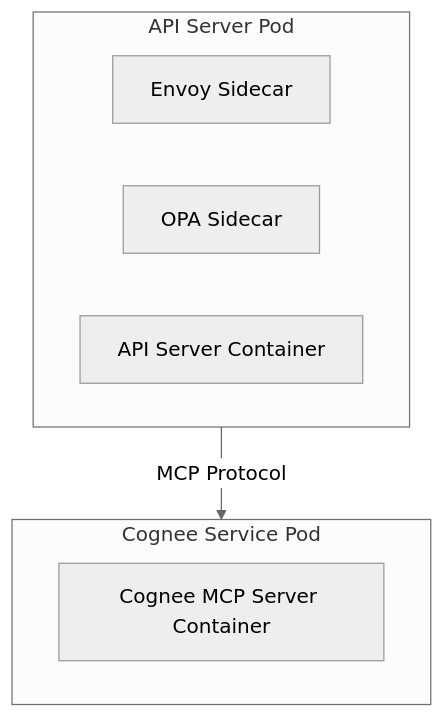
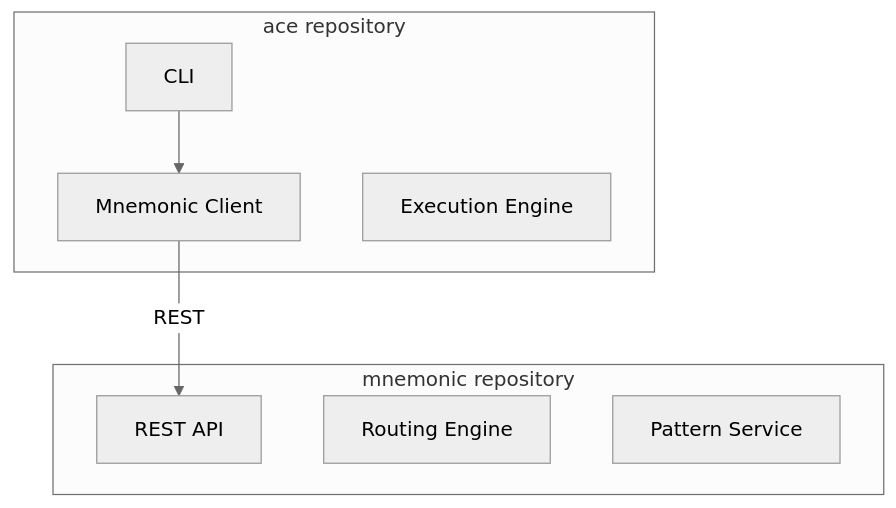
The fourth of 5 diagrams in docs/architecture/02-architectural-decisions.md (twistingmercury/mnemonic-mcp), drawn with Mermaid (neutral theme) before and after one commit. The commit also changed other lines of this file and 28 other files, not shown here.

Commit message:
architecture v2

````diff
--- a/docs/architecture/02-architectural-decisions.md
+++ b/docs/architecture/02-architectural-decisions.md
@@ -188,12 +255,17 @@
 ```mermaid
-flowchart TB
-    subgraph APIPod[API Server Pod]
-        Envoy[Envoy Sidecar]
-        OPA[OPA Sidecar]
-        APIServer[API Server Container]
+graph TB
+    subgraph "mnemonic repository"
+        MN_API[REST API]
+        MN_ROUTE[Routing Engine]
+        MN_PATTERN[Pattern Service]
     end
-    subgraph CogneePod[Cognee Service Pod]
-        CogneeMCP[Cognee MCP Server Container]
+
+    subgraph "ace repository"
+        ACE_CLI[CLI]
+        ACE_CLIENT[Mnemonic Client]
+        ACE_EXEC[Execution Engine]
     end
-    APIPod -->|MCP Protocol| CogneePod
+
+    ACE_CLI --> ACE_CLIENT
+    ACE_CLIENT -->|"REST"| MN_API
 ```
````
